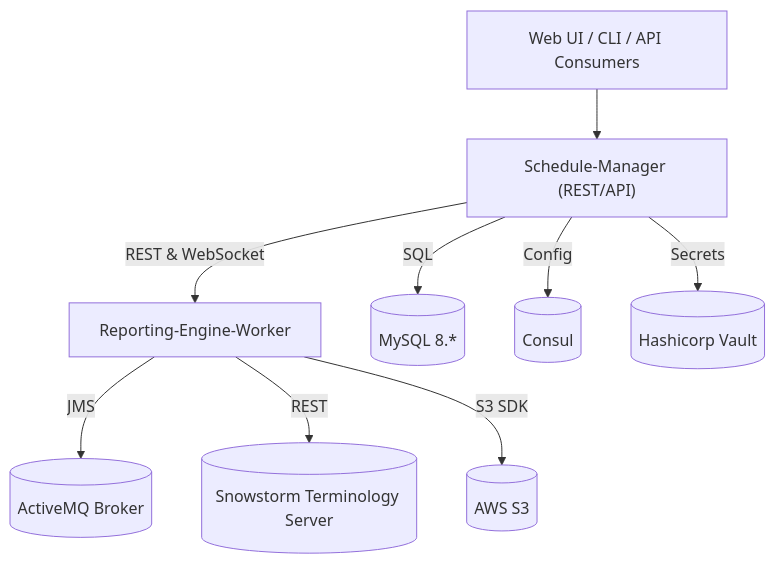
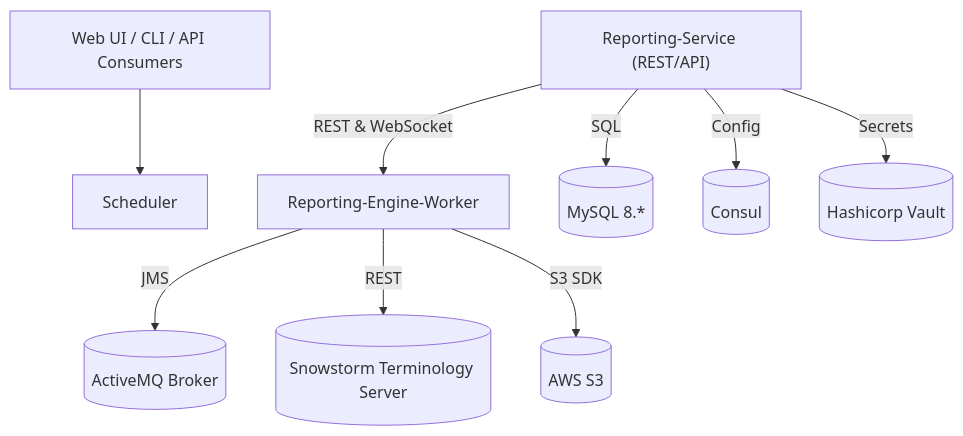
The first of 2 diagrams in README.md (IHTSDO/reporting-engine), drawn with Mermaid before and after one commit. The commit also changed other lines of this file and 59 other files, not shown here.

Commit message:
RP-1080 Rename schedule-manager to reporting-service

````diff
--- a/README.md
+++ b/README.md
@@ -19,11 +19,11 @@
 ```mermaid
 flowchart TD
     UI["Web UI / CLI / API Consumers"] --> Scheduler
-    Scheduler["Schedule-Manager (REST/API)"] -->|REST & WebSocket| Worker["Reporting-Engine-Worker"]
+    Service["Reporting-Service (REST/API)"] -->|REST & WebSocket| Worker["Reporting-Engine-Worker"]
     Worker -->|JMS| ActiveMQ[(ActiveMQ Broker)]
     Worker -->|REST| Snowstorm[(Snowstorm Terminology Server)]
-    Scheduler -->|SQL| MySQL[(MySQL 8.*)]
+    Service -->|SQL| MySQL[(MySQL 8.*)]
     Worker -->|S3 SDK| S3[(AWS S3)]
-    Scheduler -->|Config| Consul[(Consul)]
-    Scheduler -->|Secrets| Vault[(Hashicorp Vault)]
+    Service -->|Config| Consul[(Consul)]
+    Service -->|Secrets| Vault[(Hashicorp Vault)]
 ```
````
